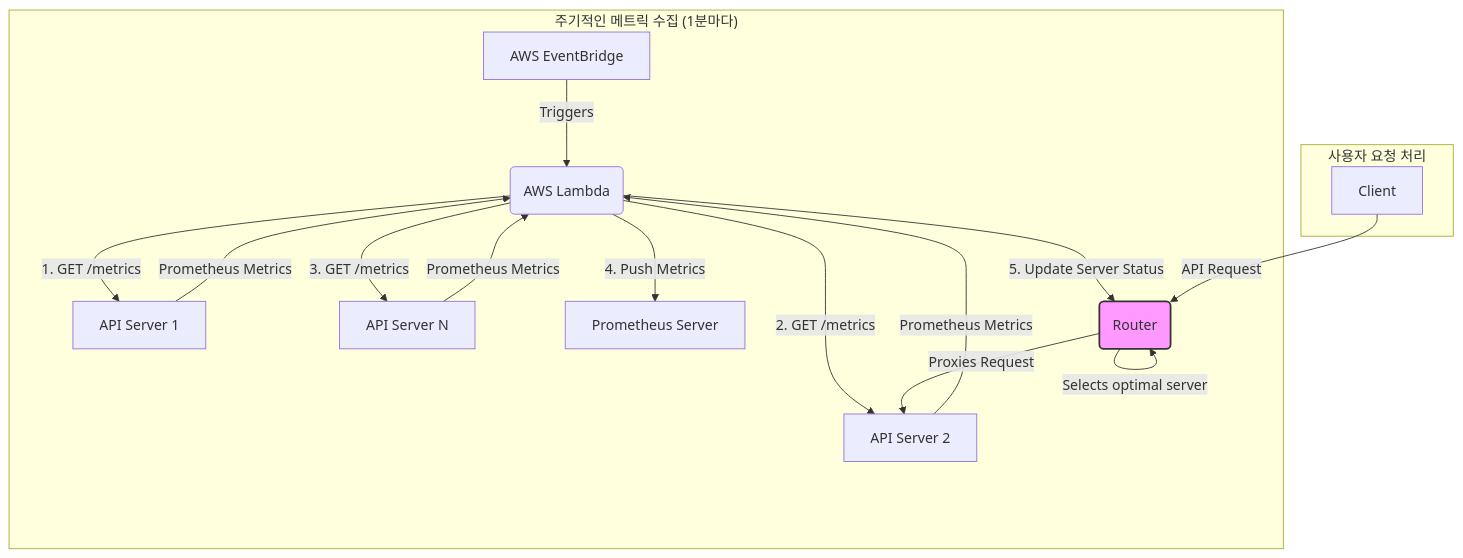
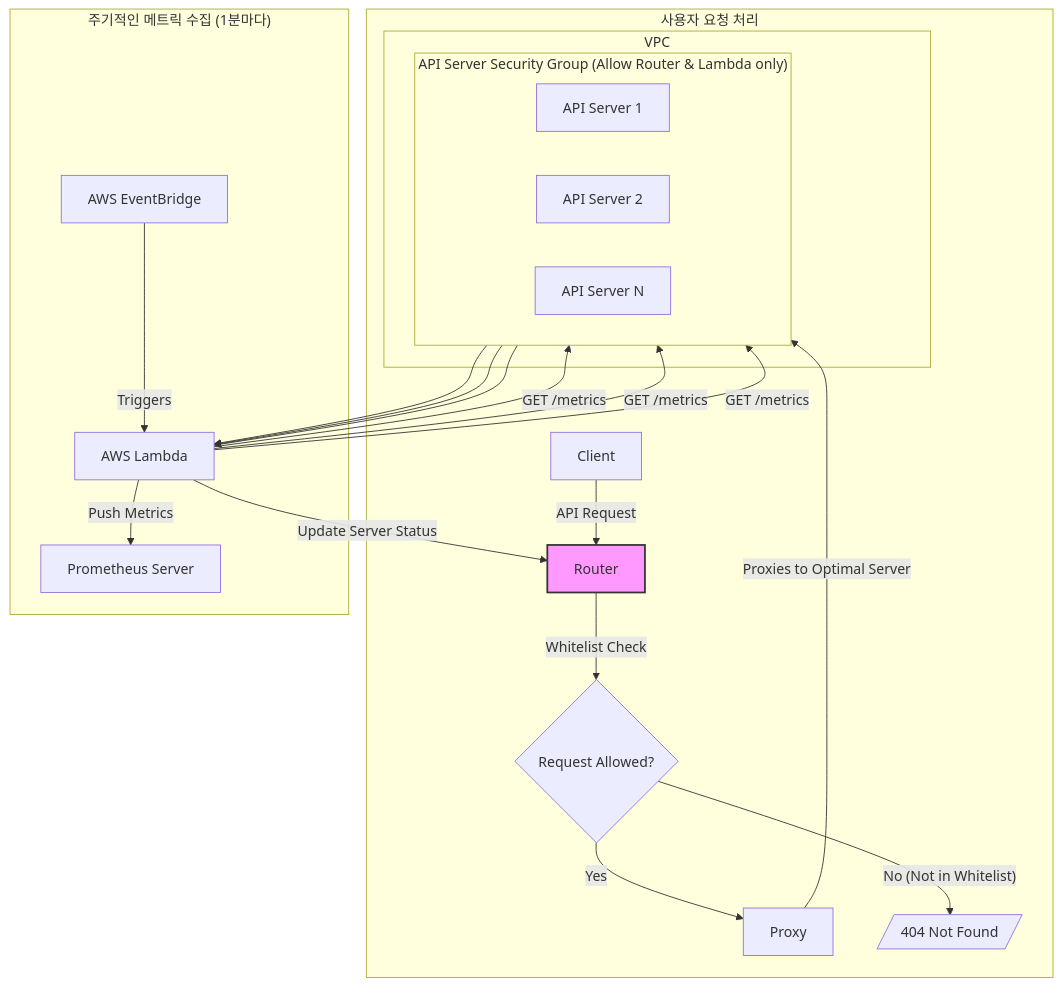
Before and after one commit to ndns-dev/.github: the second of 2 diagrams in profile/README.md, drawn with Mermaid. The commit also changed other lines of this file, not shown here.

````diff
--- a/profile/README.md
+++ b/profile/README.md
@@ -97,22 +97,32 @@
 ```mermaid
 graph TD
-    subgraph "주기적인 메트릭 수집 (1분마다)"
-        A[AWS EventBridge] -- Triggers --> B(AWS Lambda);
-        B -- "1. GET /metrics" --> C[API Server 1];
-        B -- "2. GET /metrics" --> D[API Server 2];
-        B -- "3. GET /metrics" --> E[API Server N];
-        C -- "Prometheus Metrics" --> B;
-        D -- "Prometheus Metrics" --> B;
-        E -- "Prometheus Metrics" --> B;
-        B -- "4. Push Metrics" --> F[Prometheus Server];
-        B -- "5. Update Server Status" --> G_Router(Router);
+    subgraph "사용자 요청 처리"
+        Client -- "API Request" --> Router;
+        Router -- "Whitelist Check" --> Router_Decision{Request Allowed?};
+        Router_Decision -- "Yes" --> Proxy;
+        Router_Decision -- "No (Not in Whitelist)" --> Reject[/"404 Not Found"/];
+        subgraph "VPC"
+            subgraph "API Server Security Group (Allow Router & Lambda only)"
+                direction LR
+                API1[API Server 1];
+                API2[API Server 2];
+                APIN[API Server N];
+            end
+        end
+        Proxy -- "Proxies to Optimal Server" --> API2;
     end
 
-    subgraph "사용자 요청 처리"
-        H[Client] -- "API Request" --> G_Router;
-        G_Router -- "Selects optimal server" --> G_Router;
-        G_Router -- "Proxies Request" --> D;
+    subgraph "주기적인 메트릭 수집 (1분마다)"
+        EventBridge[AWS EventBridge] -- Triggers --> Lambda[AWS Lambda];
+        Lambda -- "GET /metrics" --> API1;
+        Lambda -- "GET /metrics" --> API2;
+        Lambda -- "GET /metrics" --> APIN;
+        API1 --> Lambda;
+        API2 --> Lambda;
+        APIN --> Lambda;
+        Lambda -- "Push Metrics" --> Prometheus[Prometheus Server];
+        Lambda -- "Update Server Status" --> Router;
     end
 
-    style G_Router fill:#f9f,stroke:#333,stroke-width:2px
+    style Router fill:#f9f,stroke:#333,stroke-width:2px
 ```
````
